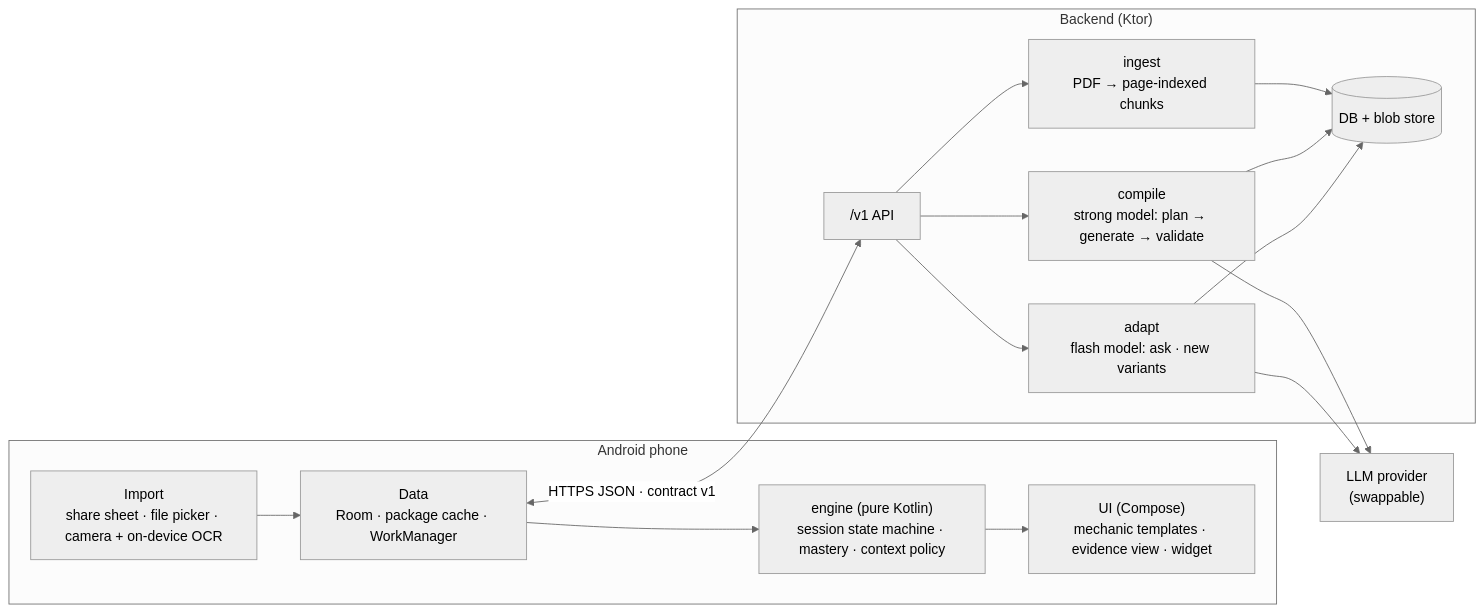
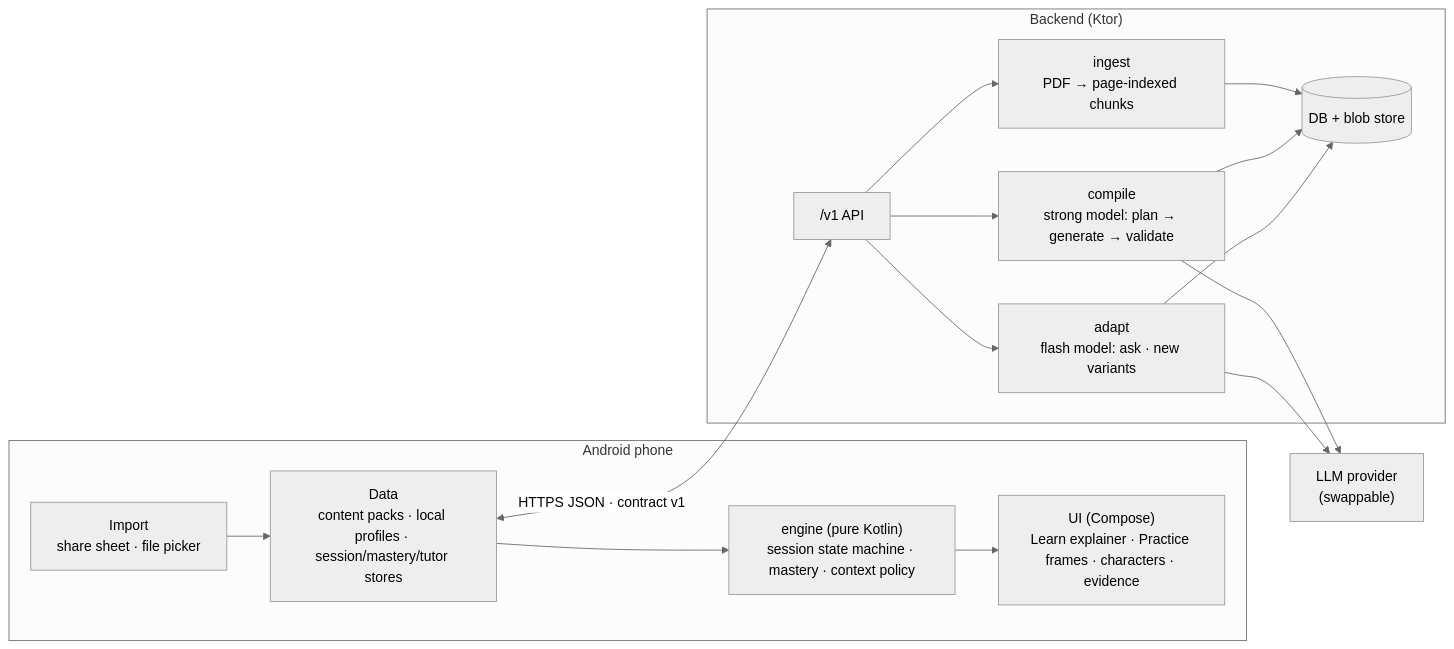
Before and after one commit to Alex-jjh/anything2game: the diagram in README.md, drawn with Mermaid (neutral theme). The commit also changed other lines of this file and 1 other file, not shown here.

````diff
--- a/README.md
+++ b/README.md
@@ -21,24 +51,24 @@
 ```mermaid
 flowchart LR
   subgraph Phone["Android phone"]
-    IMP["Import<br/>share sheet · file picker · camera + on-device OCR"]
-    DATA["Data<br/>Room · package cache · WorkManager"]
+    IMP["Import<br/>share sheet · file picker"]
+    DATA["Data<br/>content packs · local profiles · session/mastery/tutor stores"]
     ENG["engine (pure Kotlin)<br/>session state machine · mastery · context policy"]
-    UI["UI (Compose)<br/>mechanic templates · evidence view · widget"]
+    UI["UI (Compose)<br/>Learn explainer · Practice frames · characters · evidence"]
     IMP --> DATA --> ENG --> UI
   end
   subgraph Server["Backend (Ktor)"]
     API["/v1 API"]
     ING["ingest<br/>PDF → page-indexed chunks"]
     CMP["compile<br/>strong model: plan → generate → validate"]
     ADP["adapt<br/>flash model: ask · new variants"]
     ST[("DB + blob store")]
     API --> ING --> ST
     API --> CMP --> ST
     API --> ADP --> ST
   end
   LLM["LLM provider<br/>(swappable)"]
   DATA <-->|HTTPS JSON · contract v1| API
   CMP --> LLM
   ADP --> LLM
 ```
````
